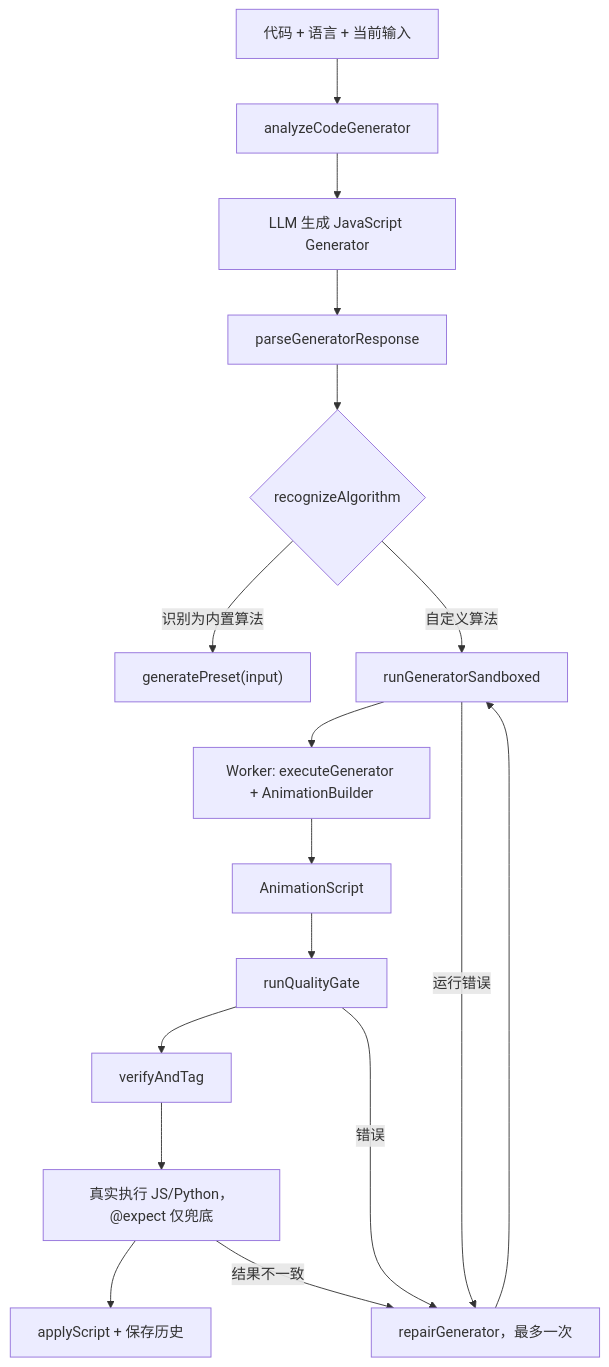
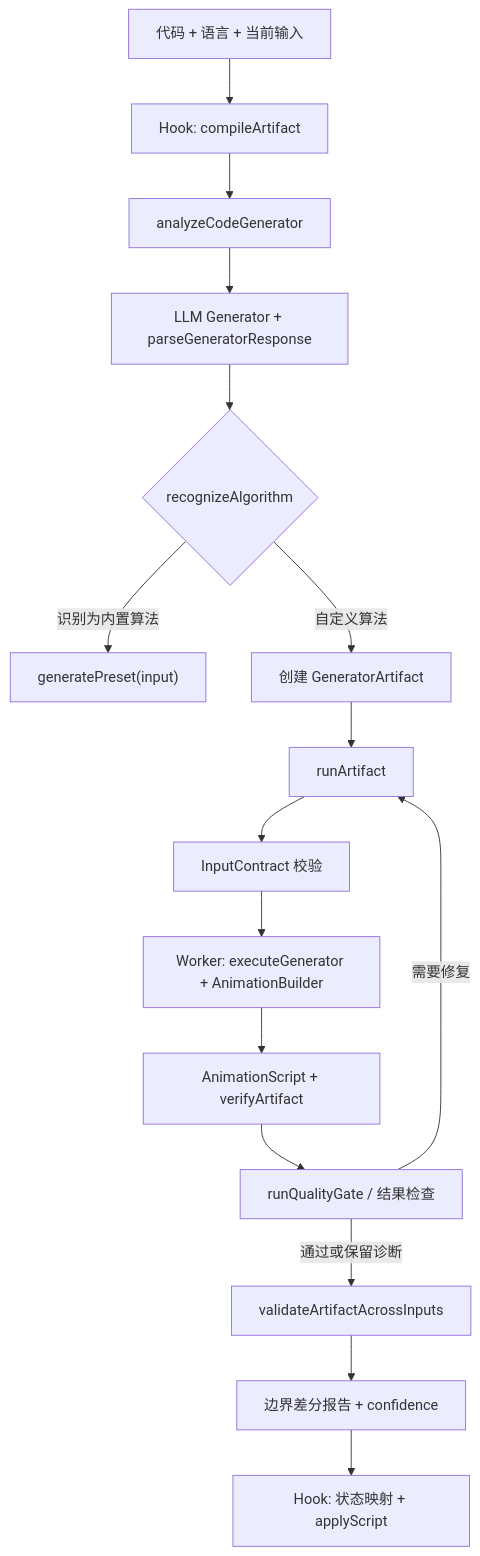
The first of 3 diagrams in docs/architecture/README.md (1123074811/AlgoViz), drawn with Mermaid before and after one commit. The commit also changed other lines of this file, not shown here.

Commit message:
docs(architecture): 标记阶段二至四完成

````diff
--- a/docs/architecture/README.md
+++ b/docs/architecture/README.md
@@ -53,19 +54,18 @@
 ```mermaid
 flowchart TD
-    A["代码 + 语言 + 当前输入"] --> B["analyzeCodeGenerator"]
-    B --> C["LLM 生成 JavaScript Generator"]
-    C --> D["parseGeneratorResponse"]
+    A["代码 + 语言 + 当前输入"] --> B["Hook: compileArtifact"]
+    B --> C["analyzeCodeGenerator"]
+    C --> D["LLM Generator + parseGeneratorResponse"]
     D --> E{"recognizeAlgorithm"}
     E -->|"识别为内置算法"| F["generatePreset(input)"]
-    E -->|"自定义算法"| G["runGeneratorSandboxed"]
-    G --> H["Worker: executeGenerator + AnimationBuilder"]
-    H --> I["AnimationScript"]
-    I --> J["runQualityGate"]
-    J --> K["verifyAndTag"]
-    K --> L["真实执行 JS/Python，@expect 仅兜底"]
-    L --> M["applyScript + 保存历史"]
-    J -->|"错误"| N["repairGenerator，最多一次"]
-    G -->|"运行错误"| N
-    L -->|"结果不一致"| N
-    N --> G
+    E -->|"自定义算法"| G["创建 GeneratorArtifact"]
+    G --> H["runArtifact"]
+    H --> I["InputContract 校验"]
+    I --> J["Worker: executeGenerator + AnimationBuilder"]
+    J --> K["AnimationScript + verifyArtifact"]
+    K --> L["runQualityGate / 结果检查"]
+    L -->|"需要修复"| H
+    L -->|"通过或保留诊断"| M["validateArtifactAcrossInputs"]
+    M --> N["边界差分报告 + confidence"]
+    N --> O["Hook: 状态映射 + applyScript"]
 ```
````
